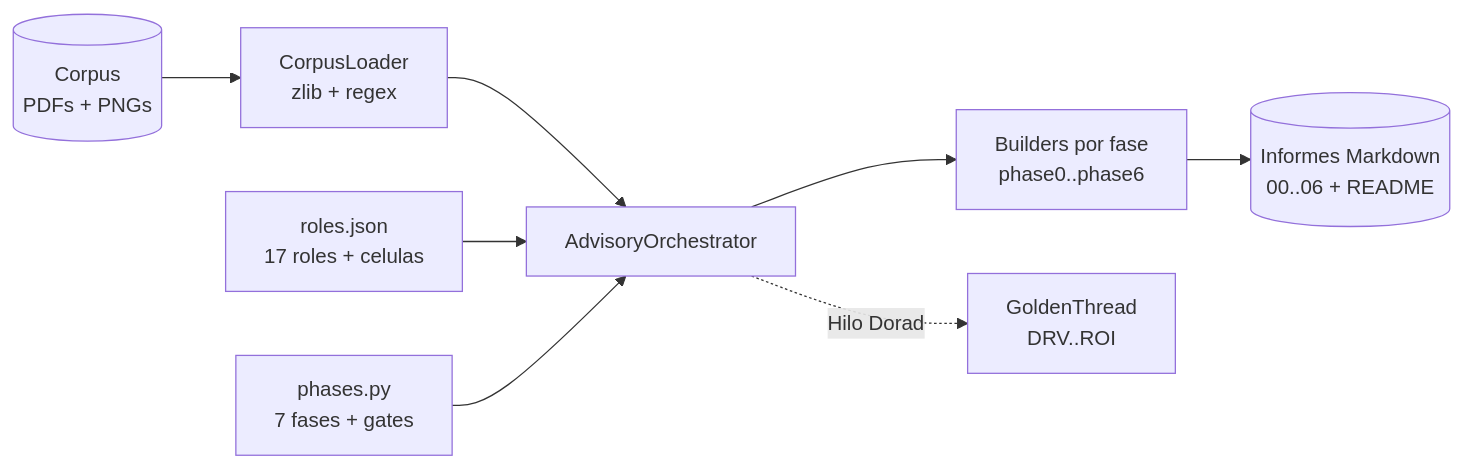
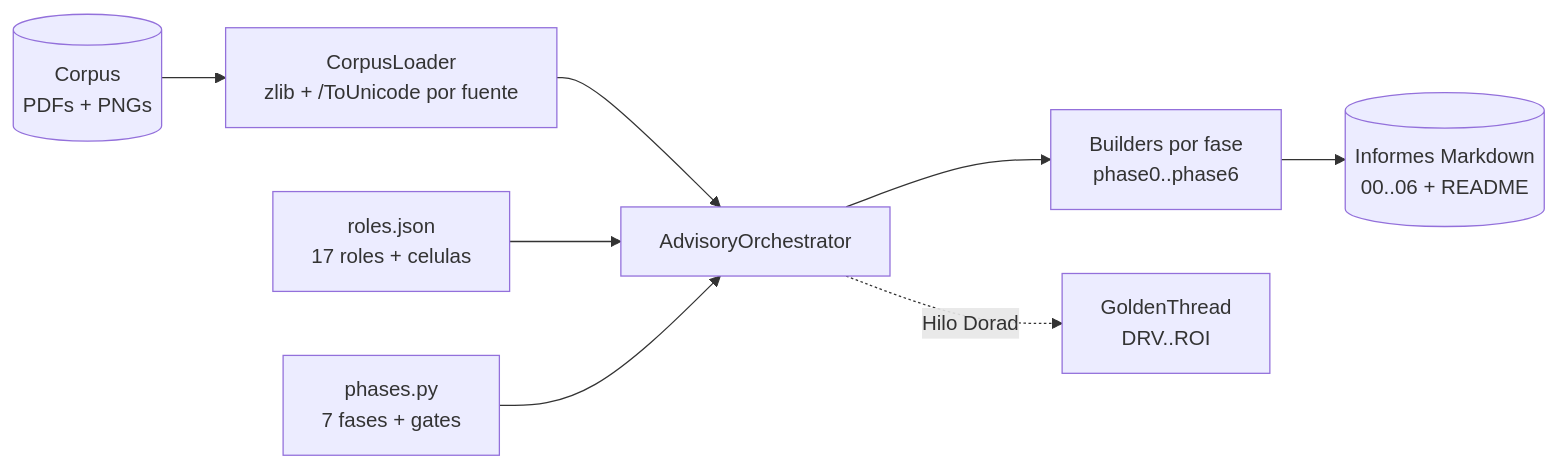
The diagram in advisory-system/README.md (ogeidlomica/advisory), drawn with Mermaid before and after one commit. The commit also changed other lines of this file and 18 other files, not shown here.

First line of the commit message:
docs: document per-font ToUnicode extractor, before/after coverage, and L1-L4 extraction architecture (FEAT-004)

````diff
--- a/advisory-system/README.md
+++ b/advisory-system/README.md
@@ -463,10 +539,10 @@
 ```mermaid
 flowchart LR
-    CORPUS[(Corpus<br/>PDFs + PNGs)] --> CL[CorpusLoader<br/>zlib + regex]
+    CORPUS[(Corpus<br/>PDFs + PNGs)] --> CL[CorpusLoader<br/>zlib + /ToUnicode por fuente]
     CL --> ORCH[AdvisoryOrchestrator]
     ROLES[roles.json<br/>17 roles + celulas] --> ORCH
     PHASES[phases.py<br/>7 fases + gates] --> ORCH
     ORCH --> BUILD[Builders por fase<br/>phase0..phase6]
     BUILD --> REP[(Informes Markdown<br/>00..06 + README)]
     ORCH -.Hilo Dorado.-> THREAD[GoldenThread<br/>DRV..ROI]
 ```
````
